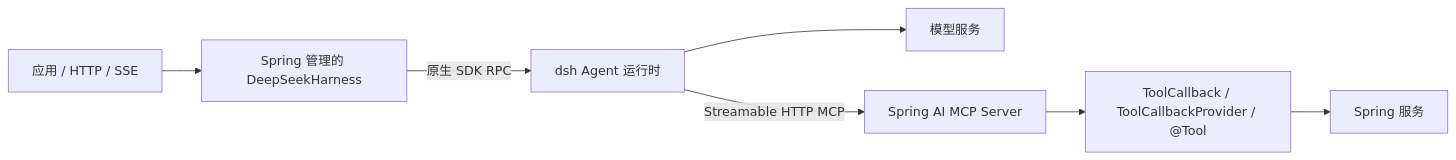
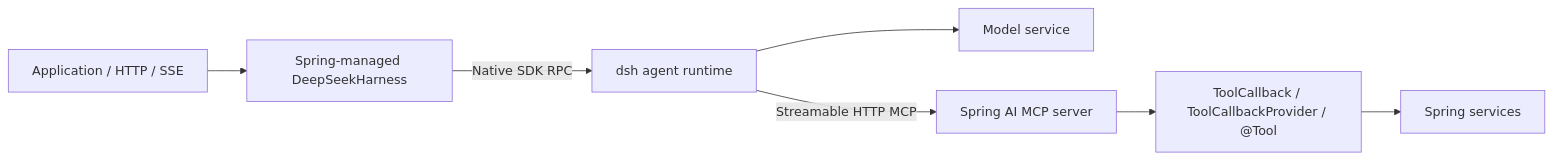
The diagram in docs/spring.md (elonzh/dshjk), drawn with Mermaid before and after one commit. The commit also changed other lines of this file and 6 other files, not shown here.

````diff
--- a/docs/spring.md
+++ b/docs/spring.md
@@ -9,9 +11,9 @@
 ```mermaid
 flowchart LR
-    Caller[应用 / HTTP / SSE] --> SDK[Spring 管理的 DeepSeekHarness]
-    SDK -->|原生 SDK RPC| DSH[dsh Agent 运行时]
-    DSH --> Model[模型服务]
-    DSH -->|Streamable HTTP MCP| Server[Spring AI MCP Server]
+    Caller[Application / HTTP / SSE] --> SDK[Spring-managed DeepSeekHarness]
+    SDK -->|Native SDK RPC| DSH[dsh agent runtime]
+    DSH --> Model[Model service]
+    DSH -->|Streamable HTTP MCP| Server[Spring AI MCP server]
     Server --> Tools[ToolCallback / ToolCallbackProvider / @Tool]
-    Tools --> Services[Spring 服务]
+    Tools --> Services[Spring services]
 ```
````
